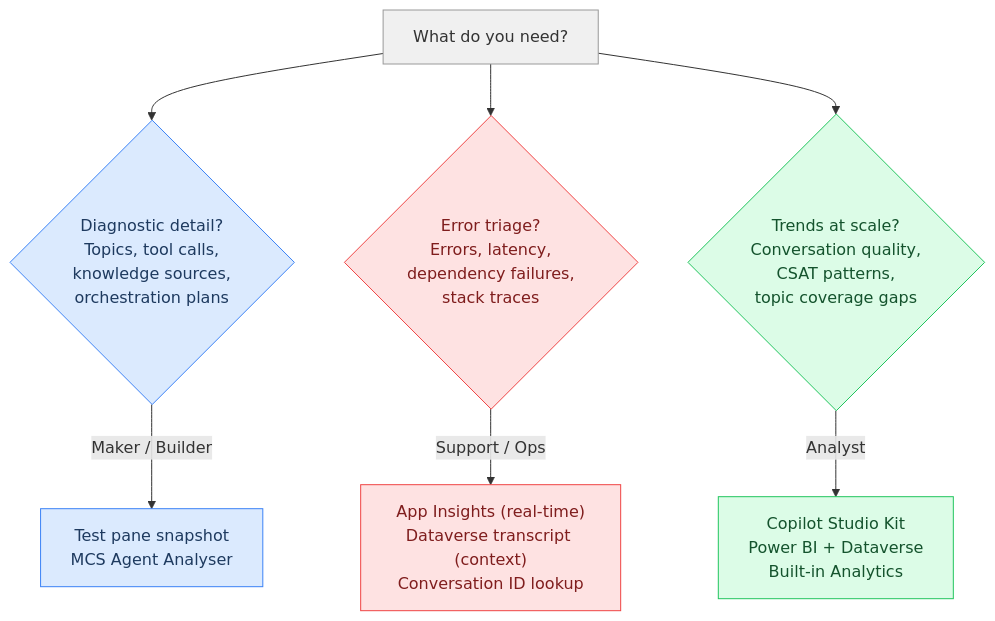
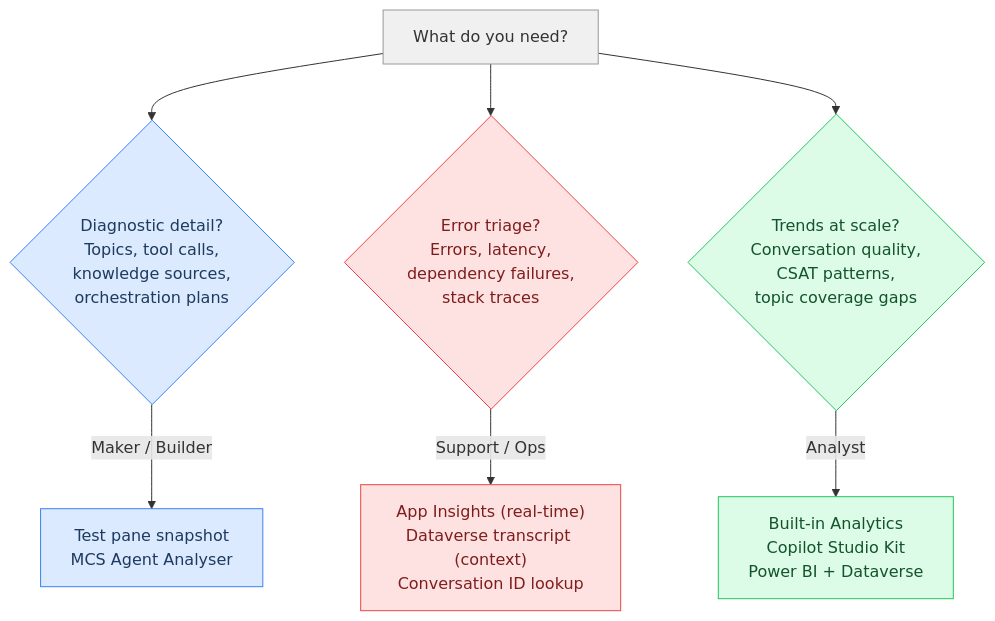
Before and after one commit to microsoft/mcscatblog: the first of 2 diagrams in _posts/2026-03-19-open-the-hood-copilot-studio-transcripts.md, drawn with Mermaid. The commit also changed other lines of this file and 2 other files, not shown here.

````diff
--- a/_posts/2026-03-19-open-the-hood-copilot-studio-transcripts.md
+++ b/_posts/2026-03-19-open-the-hood-copilot-studio-transcripts.md
@@ -35,15 +35,15 @@
 ```mermaid
 flowchart TD
     Q["What do you need?"]:::gray --> D{"Diagnostic detail?<br/>Topics, tool calls,<br/>knowledge sources,<br/>orchestration plans"}:::blue
     Q --> A{"Error triage?<br/>Errors, latency,<br/>dependency failures,<br/>stack traces"}:::red
     Q --> O{"Trends at scale?<br/>Conversation quality,<br/>CSAT patterns,<br/>topic coverage gaps"}:::green
 
     D --> |Maker / Builder| D1["Test pane snapshot<br/>MCS Agent Analyser"]:::blue
     A --> |Support / Ops| A1["App Insights (real-time)<br/>Dataverse transcript (context)<br/>Conversation ID lookup"]:::red
-    O --> |Analyst| O1["Copilot Studio Kit<br/>Power BI + Dataverse<br/>Built-in Analytics"]:::green
+    O --> |Analyst| O1["Built-in Analytics<br/>Copilot Studio Kit<br/>Power BI + Dataverse"]:::green
 
     classDef gray fill:#f0f0f0,stroke:#999,color:#333
     classDef blue fill:#dbeafe,stroke:#3b82f6,color:#1e3a5f
     classDef red fill:#fee2e2,stroke:#ef4444,color:#7f1d1d
     classDef green fill:#dcfce7,stroke:#22c55e,color:#14532d
 ```
````
